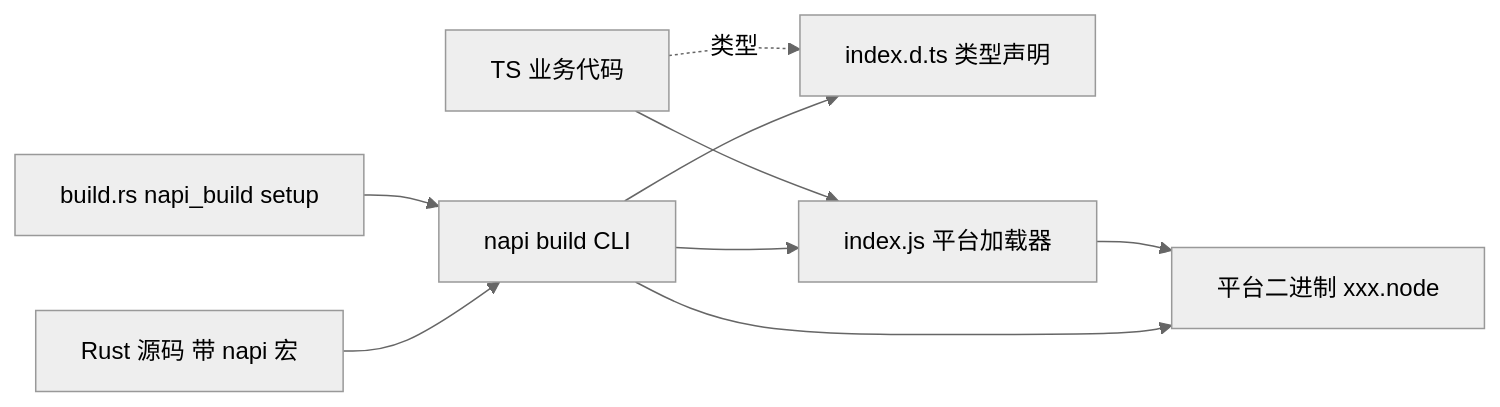
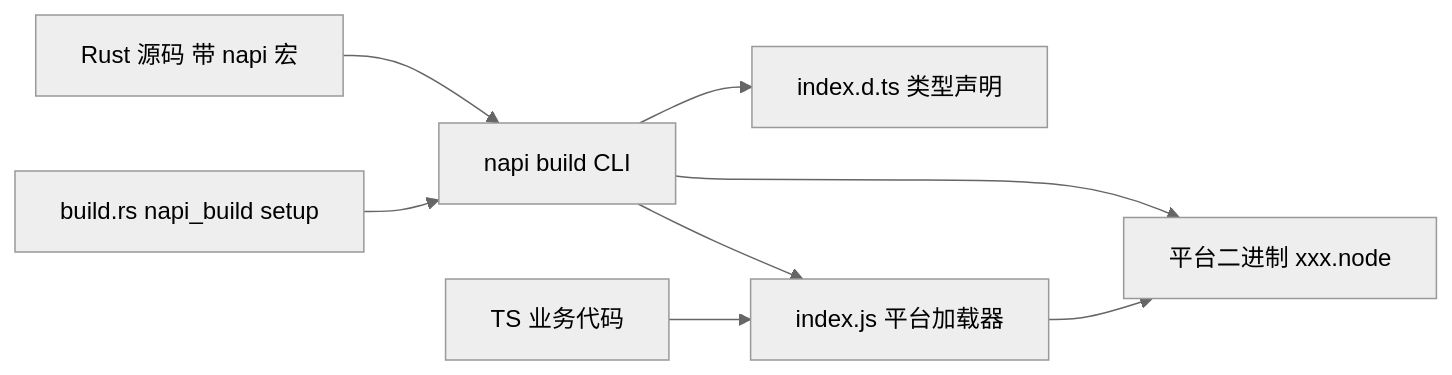
The fourth of 5 diagrams in learning-guide/slides/decks/07.md (lfire/AFFiNE), drawn with Mermaid (neutral theme) before and after one commit. The commit also changed other lines of this file and 46 other files, not shown here.

````diff
--- a/learning-guide/slides/decks/07.md
+++ b/learning-guide/slides/decks/07.md
@@ -299,11 +336,10 @@
 ```mermaid
 flowchart LR
   RS["Rust 源码 带 napi 宏"] --> NB["napi build CLI"]
   BR["build.rs napi_build setup"] --> NB
   NB --> NODE["平台二进制 xxx.node"]
   NB --> DTS["index.d.ts 类型声明"]
   NB --> JS["index.js 平台加载器"]
   JS --> NODE
   APP["TS 业务代码"] --> JS
-  APP -.类型.-> DTS
 ```
````
